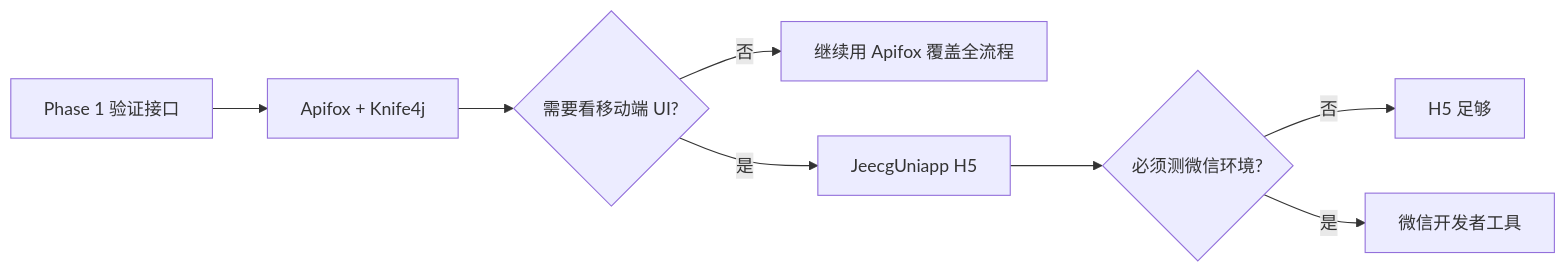
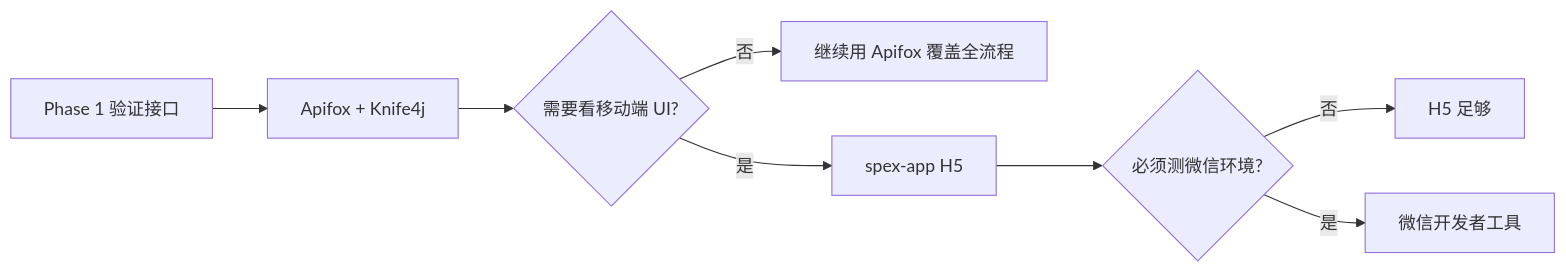
One commit to CookieWu1124/JeecgBoot changed the diagram in docs/improve/移动端本地联调指南.md. Above: the diagram before and after it, drawn with Mermaid. The commit also changed other lines of this file and 1135 other files, not shown here.

First line of the commit message:
refactor(mobile): 以 spex-app 替换 jeecg-uniapp 并归档文档

````diff
--- a/docs/improve/移动端本地联调指南.md
+++ b/docs/improve/移动端本地联调指南.md
@@ -33,10 +33,10 @@
 ```mermaid
 flowchart LR
     A[Phase 1 验证接口] --> B[Apifox + Knife4j]
     B --> C{需要看移动端 UI?}
     C -->|否| D[继续用 Apifox 覆盖全流程]
-    C -->|是| E[JeecgUniapp H5]
+    C -->|是| E[spex-app H5]
     E --> F{必须测微信环境?}
     F -->|否| G[H5 足够]
     F -->|是| H[微信开发者工具]
 ```
````
